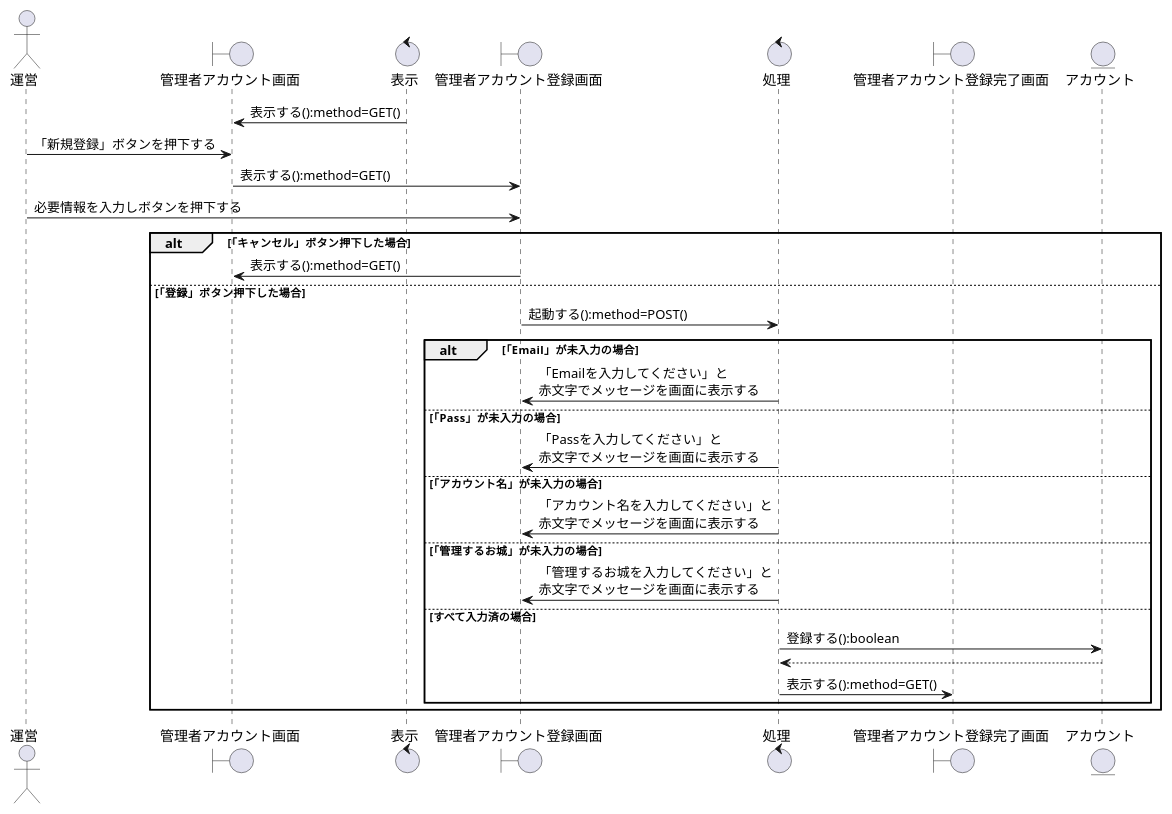
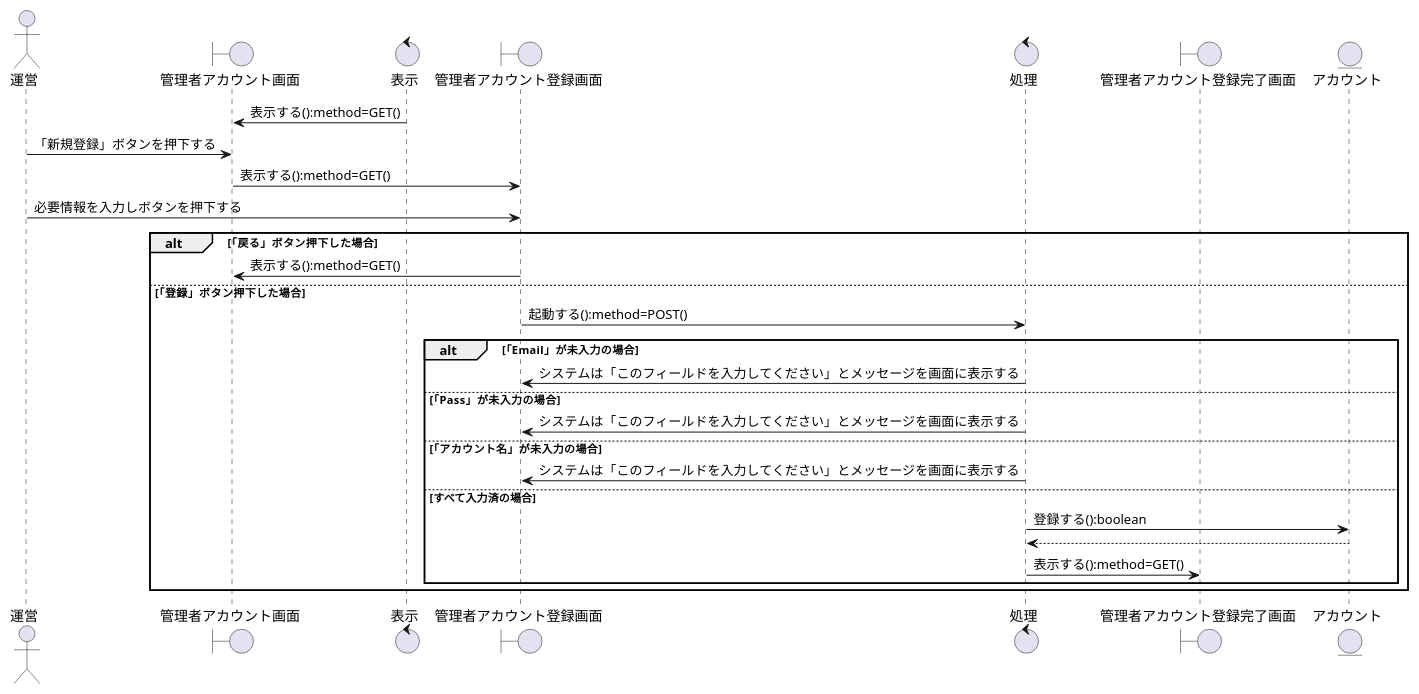
One commit to K-Rinrin/GroupE changed the diagram in お城/お城/設計書/シーケンス図/運営/アカウント機能/シーケンス図_運営が管理者アカウントを作成する.pu. Above: the diagram before and after it, drawn with PlantUML. The commit also changed 25 other files, not shown here.

```diff
--- a/お城/お城/設計書/シーケンス図/運営/アカウント機能/シーケンス図_運営が管理者アカウントを作成する.pu
+++ b/お城/お城/設計書/シーケンス図/運営/アカウント機能/シーケンス図_運営が管理者アカウントを作成する.pu
@@ -1,45 +1,43 @@
 @startuml 運営が管理者アカウントを作成する  
 
 
 ' ========================================
 ' 登場モノの定義
 ' ========================================
 actor "運営" as Operator
 boundary "管理者アカウント画面" as b1
 control "表示" as c1
 boundary "管理者アカウント登録画面" as b2
 control "処理" as c2
 boundary "管理者アカウント登録完了画面" as b3
 entity "アカウント" as e1
 
 ' ========================================
 ' シーケンスの流れ
 ' ========================================
 
 c1 -> b1 : 表示する():method=GET()
 Operator -> b1 : 「新規登録」ボタンを押下する
 b1 -> b2 : 表示する():method=GET()
 Operator -> b2 : 必要情報を入力しボタンを押下する
-alt 「キャンセル」ボタン押下した場合
+alt 「戻る」ボタン押下した場合
     b2 -> b1 : 表示する():method=GET()
 else 「登録」ボタン押下した場合
     b2 -> c2 : 起動する():method=POST()
     alt 「Email」が未入力の場合
-        c2 -> b2 : 「Emailを入力してください」と\n赤文字でメッセージを画面に表示する
+        c2 -> b2 : システムは「このフィールドを入力してください」とメッセージを画面に表示する
     else  「Pass」が未入力の場合
-        c2 -> b2 : 「Passを入力してください」と\n赤文字でメッセージを画面に表示する
+        c2 -> b2 : システムは「このフィールドを入力してください」とメッセージを画面に表示する
     else   「アカウント名」が未入力の場合
-        c2 -> b2 : 「アカウント名を入力してください」と\n赤文字でメッセージを画面に表示する
-    else 「管理するお城」が未入力の場合
-        c2 -> b2 : 「管理するお城を入力してください」と\n赤文字でメッセージを画面に表示する
+        c2 -> b2 : システムは「このフィールドを入力してください」とメッセージを画面に表示する
     else  すべて入力済の場合
         c2 -> e1 : 登録する():boolean
         c2 <-- e1
         c2 -> b3 : 表示する():method=GET()
     end
 end
 
 
 
 
 @enduml
```
